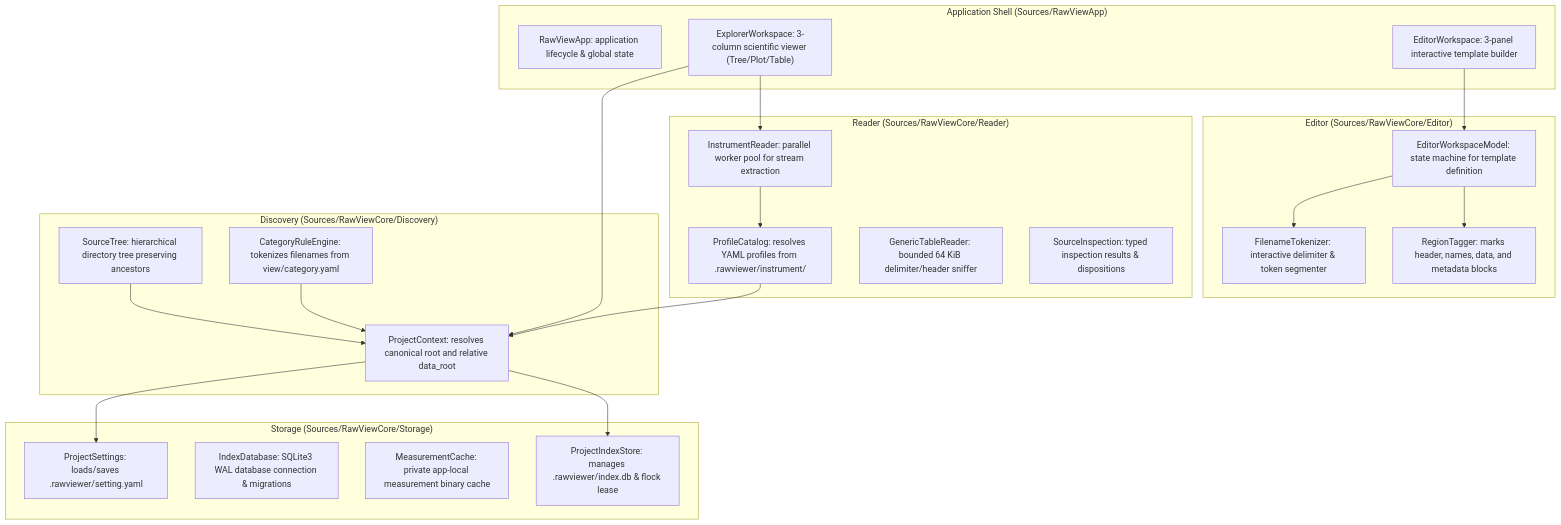
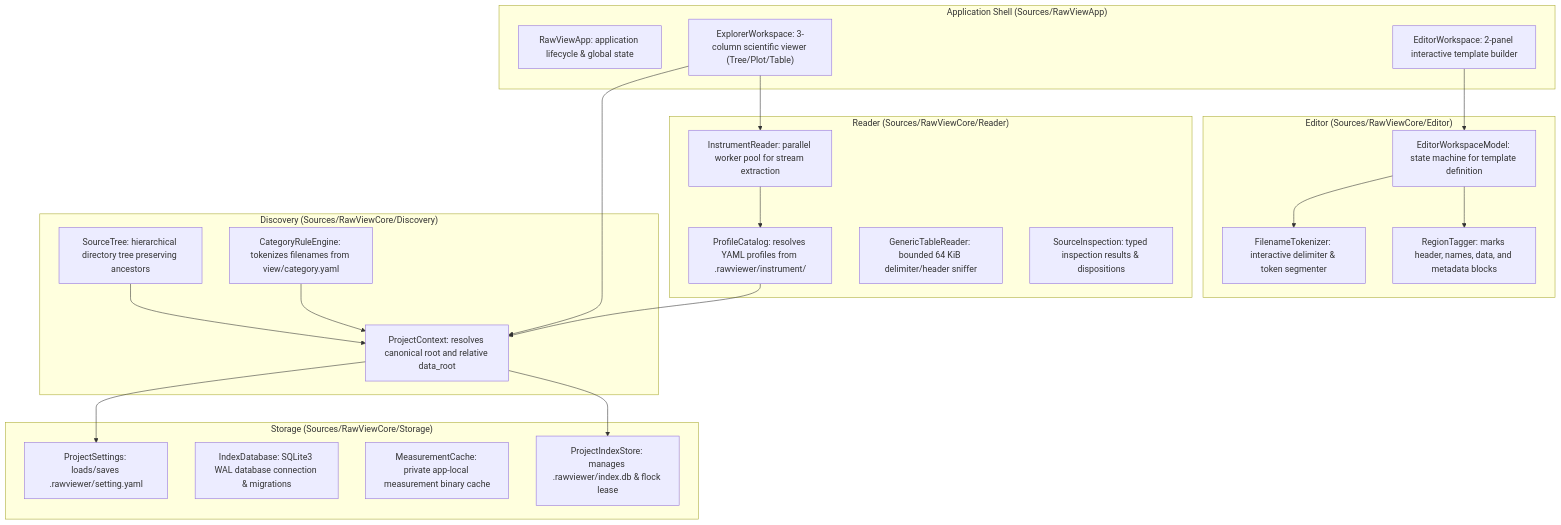
Before and after one commit to taixuann/raw-viewer: the diagram in AGENTS.md, drawn with Mermaid.

Commit message:
docs(arch): update architecture diagram to 2-panel template builder

````diff
--- a/AGENTS.md
+++ b/AGENTS.md
@@ -15,46 +15,46 @@
 ```mermaid
 graph TD
     subgraph Storage ["Storage (Sources/RawViewCore/Storage)"]
         ProjectIndexStore["ProjectIndexStore: manages .rawviewer/index.db & flock lease"]
         IndexDatabase["IndexDatabase: SQLite3 WAL database connection & migrations"]
         MeasurementCache["MeasurementCache: private app-local measurement binary cache"]
         ProjectSettings["ProjectSettings: loads/saves .rawviewer/setting.yaml"]
     end
 
     subgraph Discovery ["Discovery (Sources/RawViewCore/Discovery)"]
         ProjectContext["ProjectContext: resolves canonical root and relative data_root"]
         SourceTree["SourceTree: hierarchical directory tree preserving ancestors"]
         CategoryRuleEngine["CategoryRuleEngine: tokenizes filenames from view/category.yaml"]
     end
 
     subgraph Reader ["Reader (Sources/RawViewCore/Reader)"]
         ProfileCatalog["ProfileCatalog: resolves YAML profiles from .rawviewer/instrument/"]
         InstrumentReader["InstrumentReader: parallel worker pool for stream extraction"]
         GenericTableReader["GenericTableReader: bounded 64 KiB delimiter/header sniffer"]
         SourceInspection["SourceInspection: typed inspection results & dispositions"]
     end
 
     subgraph Editor ["Editor (Sources/RawViewCore/Editor)"]
         EditorWorkspaceModel["EditorWorkspaceModel: state machine for template definition"]
         FilenameTokenizer["FilenameTokenizer: interactive delimiter & token segmenter"]
         RegionTagger["RegionTagger: marks header, names, data, and metadata blocks"]
     end
 
     subgraph AppUI ["Application Shell (Sources/RawViewApp)"]
         RawViewApp["RawViewApp: application lifecycle & global state"]
         ExplorerWorkspace["ExplorerWorkspace: 3-column scientific viewer (Tree/Plot/Table)"]
-        EditorWorkspace["EditorWorkspace: 3-panel interactive template builder"]
+        EditorWorkspace["EditorWorkspace: 2-panel interactive template builder"]
     end
 
     ProjectContext --> ProjectSettings
     ProjectContext --> ProjectIndexStore
     SourceTree --> ProjectContext
     CategoryRuleEngine --> ProjectContext
     ProfileCatalog --> ProjectContext
     InstrumentReader --> ProfileCatalog
     ExplorerWorkspace --> ProjectContext
     ExplorerWorkspace --> InstrumentReader
     EditorWorkspaceModel --> FilenameTokenizer
     EditorWorkspaceModel --> RegionTagger
     EditorWorkspace --> EditorWorkspaceModel
 ```
````
